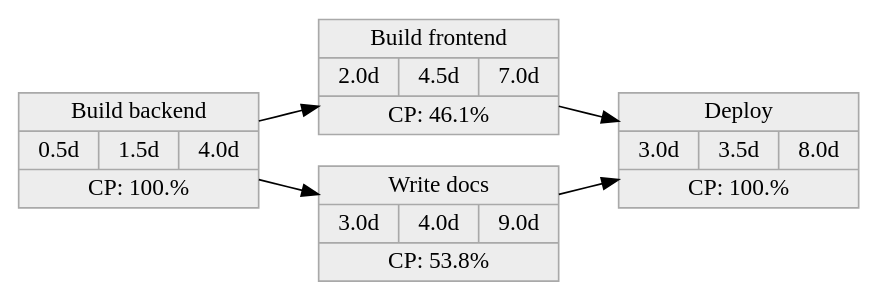
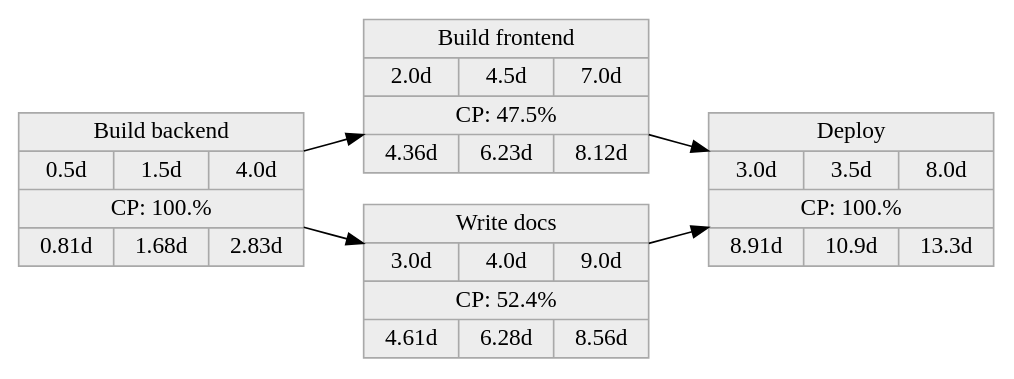
The diagram in example/project.dot (j-mueller/ernie), drawn with Graphviz before and after one commit. The commit also changed 5 other files, not shown here.

```diff
--- a/example/project.dot
+++ b/example/project.dot
@@ -1,14 +1,14 @@
 digraph 
 {
 node [shape=Mrecord]
 rankdir=LR
   node [color="darkgray" fillcolor="grey93" style="filled" height=".1" shape="record"]
-  "TaskID 0" [label="Build backend|{0.5d|1.5d|4.0d}|CP: 100.%"]
-  "TaskID 1" [label="Build frontend|{2.0d|4.5d|7.0d}|CP: 46.1%"]
-  "TaskID 2" [label="Write docs|{3.0d|4.0d|9.0d}|CP: 53.8%"]
-  "TaskID 3" [label="Deploy|{3.0d|3.5d|8.0d}|CP: 100.%"]
+  "TaskID 0" [label="Build backend|{0.5d|1.5d|4.0d}|CP: 100.%|{0.81d |1.68d | 2.83d }"]
+  "TaskID 1" [label="Build frontend|{2.0d|4.5d|7.0d}|CP: 47.5%|{4.36d |6.23d | 8.12d }"]
+  "TaskID 2" [label="Write docs|{3.0d|4.0d|9.0d}|CP: 52.4%|{4.61d |6.28d | 8.56d }"]
+  "TaskID 3" [label="Deploy|{3.0d|3.5d|8.0d}|CP: 100.%|{8.91d |10.9d | 13.3d }"]
   "TaskID 0" -> "TaskID 1"
   "TaskID 0" -> "TaskID 2"
   "TaskID 1" -> "TaskID 3"
   "TaskID 2" -> "TaskID 3"
 }
```
